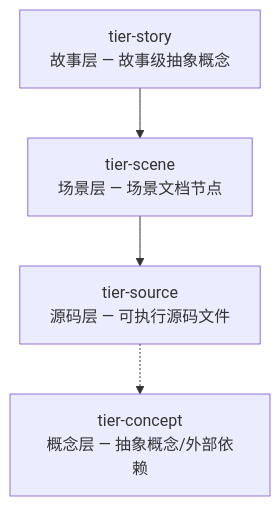
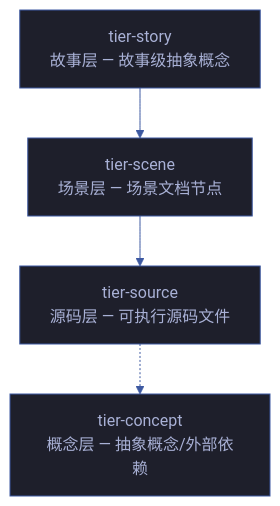
One commit to effiy/YrY changed the diagram in rules/knowledge-graph.md. Above: the diagram before and after it, drawn with Mermaid. The commit also changed 42 other files, not shown here.

First line of the commit message:
feat: apply Mermaid authoring rules (M1-M12) across entire codebase

````diff
--- a/rules/knowledge-graph.md
+++ b/rules/knowledge-graph.md
@@ -39,6 +39,14 @@
 ```mermaid
+%%{init: {'theme': 'base', 'themeVariables': {
+  'primaryColor': '#1e1f2b',
+  'primaryTextColor': '#a9b1d6',
+  'primaryBorderColor': '#3d59a1',
+  'lineColor': '#3d59a1',
+  'secondaryColor': '#2b2d3b',
+  'tertiaryColor': '#21232f'
+}}}%%
 flowchart TB
     TIER1["tier-story<br/>故事层 — 故事级抽象概念"]:::story --> TIER2["tier-scene<br/>场景层 — 场景文档节点"]:::scene
     TIER2 --> TIER3["tier-source<br/>源码层 — 可执行源码文件"]:::source
     TIER3 -.-> TIER4["tier-concept<br/>概念层 — 抽象概念/外部依赖"]:::concept
 ```
````
